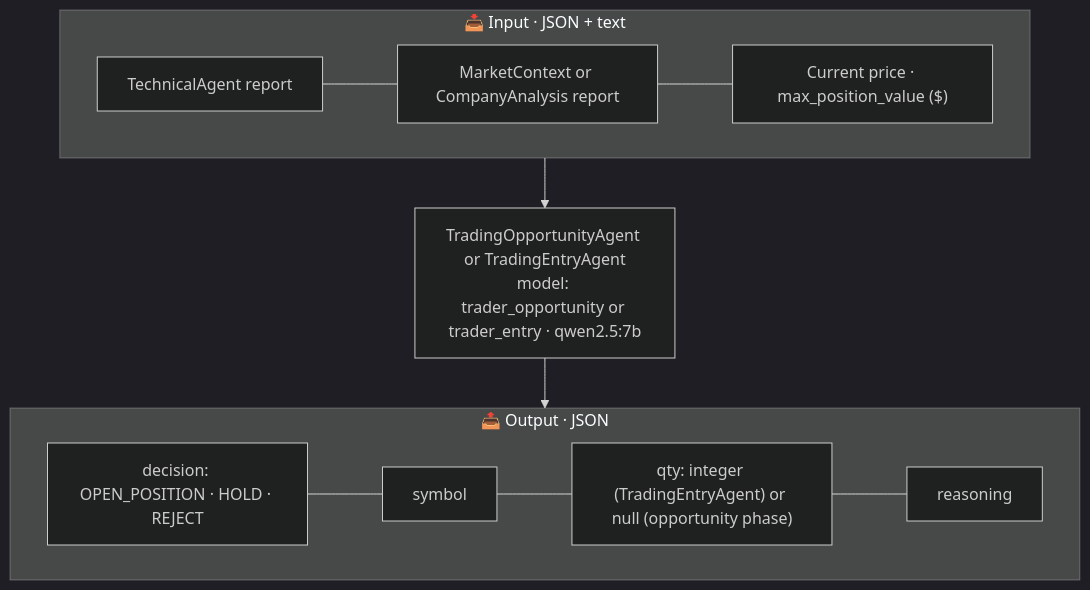
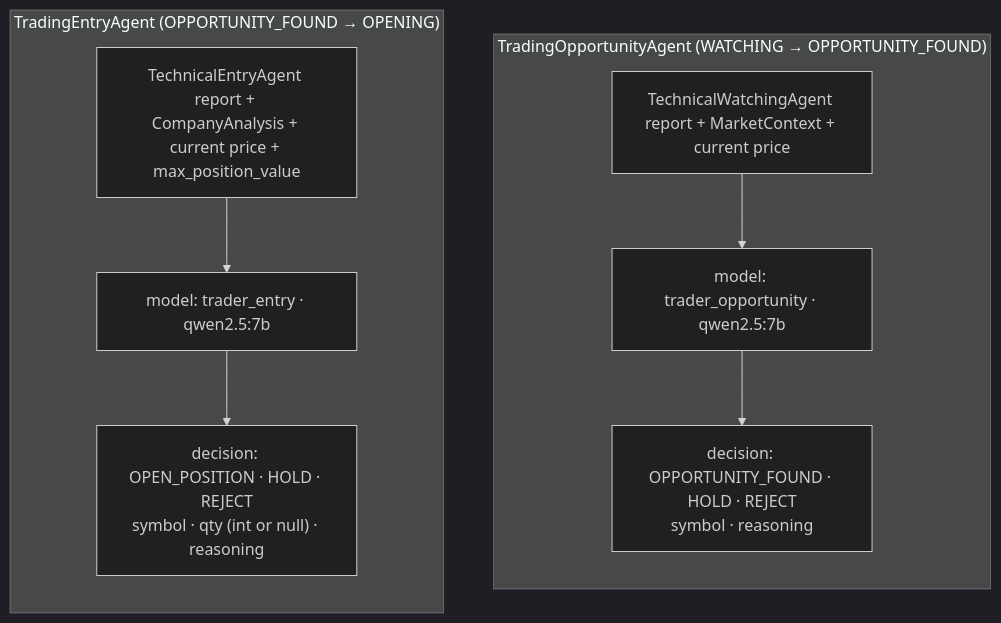
The sixth of 6 diagrams in docs/architecture.md (juandgm13/Trading-AI-Agent), drawn with Mermaid (dark theme) before and after one commit. The commit also changed other lines of this file and 10 other files, not shown here.

First line of the commit message:
feat(prompts): bloque 4 — prompts separados, OPPORTUNITY_FOUND, key_supports/resistances

````diff
--- a/docs/architecture.md
+++ b/docs/architecture.md
@@ -174,19 +172,18 @@
 ```mermaid
 flowchart TB
-    subgraph IN["📥 Input · JSON + text"]
-        I1["TechnicalAgent report"]
-        --- I2["MarketContext or CompanyAnalysis report"]
-        --- I3["Current price · max_position_value ($)"]
+    subgraph OPP["TradingOpportunityAgent (WATCHING → OPPORTUNITY_FOUND)"]
+        direction TB
+        OI["TechnicalWatchingAgent report + MarketContext + current price"]
+        OA["model: trader_opportunity · qwen2.5:7b"]
+        OO["decision: OPPORTUNITY_FOUND · HOLD · REJECT\nsymbol · reasoning"]
+        OI --> OA --> OO
     end
 
-    AG["TradingOpportunityAgent or TradingEntryAgent<br/>model: trader_opportunity or trader_entry · qwen2.5:7b"]
-
-    subgraph OUT["📤 Output · JSON"]
-        O1["decision: OPEN_POSITION · HOLD · REJECT"]
-        --- O2["symbol"]
-        --- O3["qty: integer (TradingEntryAgent) or null (opportunity phase)"]
-        --- O4["reasoning"]
+    subgraph ENT["TradingEntryAgent (OPPORTUNITY_FOUND → OPENING)"]
+        direction TB
+        EI["TechnicalEntryAgent report + CompanyAnalysis + current price + max_position_value"]
+        EA["model: trader_entry · qwen2.5:7b"]
+        EO["decision: OPEN_POSITION · HOLD · REJECT\nsymbol · qty (int or null) · reasoning"]
+        EI --> EA --> EO
     end
-
-    IN --> AG --> OUT
 ```
````
